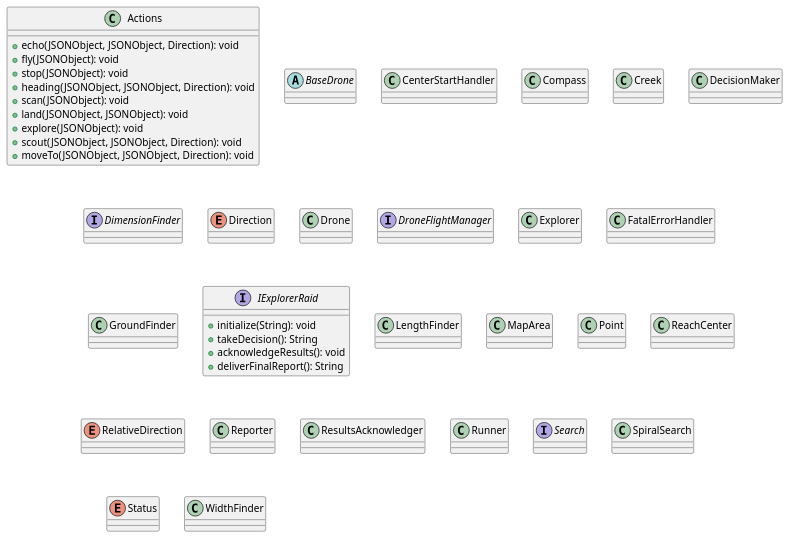
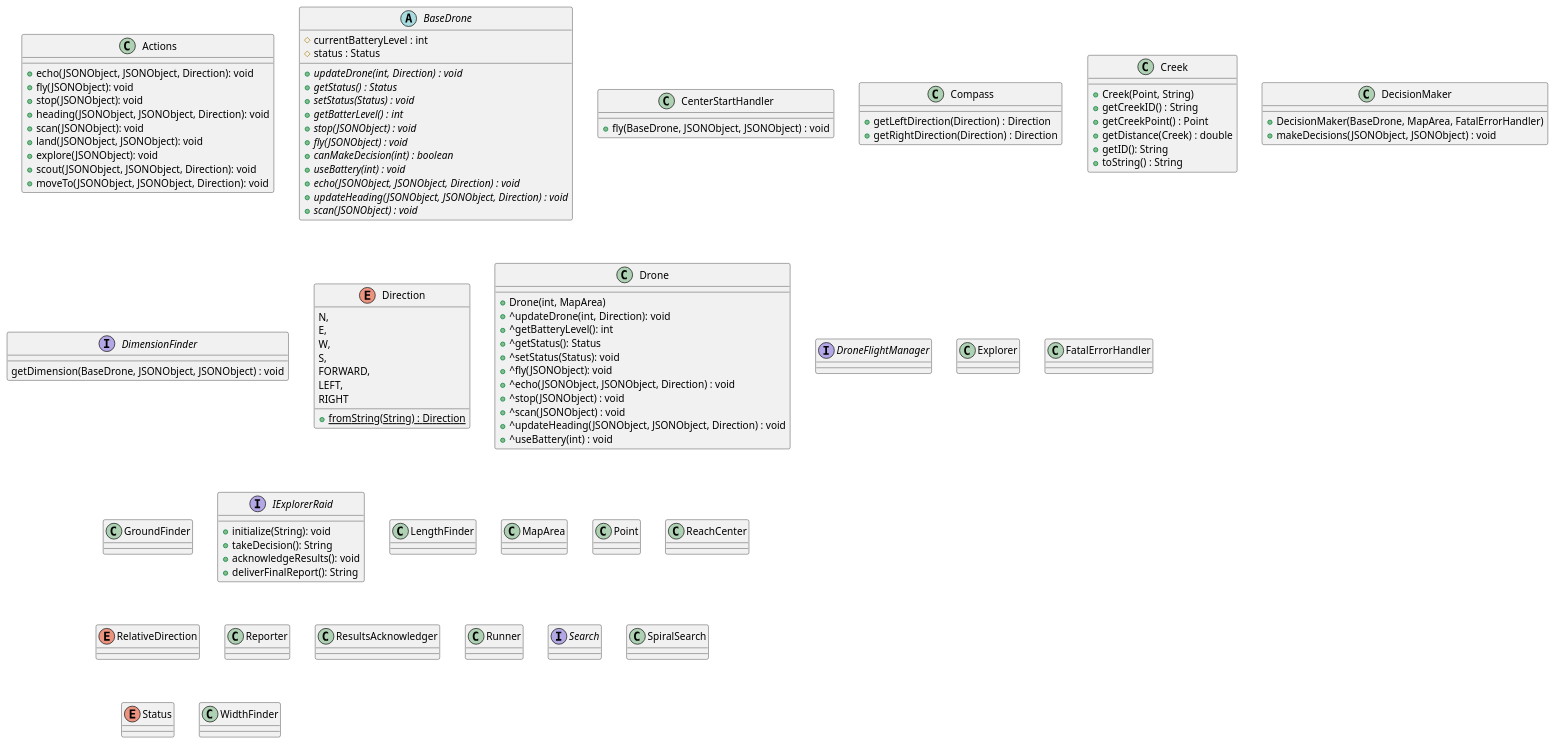
Before and after one commit to 2AA4-W24/a2-rescue-mission-team-106: the diagram in UML Diagrams/Class Diagram.puml, drawn with PlantUML.

Commit message:
Update Class Diagram

```diff
--- a/UML Diagrams/Class Diagram.puml
+++ b/UML Diagrams/Class Diagram.puml
@@ -1,45 +1,95 @@
 @startuml "Class Diagram"
 class Actions {
     + echo(JSONObject, JSONObject, Direction): void
     + fly(JSONObject): void
     + stop(JSONObject): void
     + heading(JSONObject, JSONObject, Direction): void
     + scan(JSONObject): void
     + land(JSONObject, JSONObject): void
     + explore(JSONObject): void
     + scout(JSONObject, JSONObject, Direction): void
     + moveTo(JSONObject, JSONObject, Direction): void
 }
 abstract class BaseDrone {
-    
+    # currentBatteryLevel : int
+    # status : Status
+    + {abstract} updateDrone(int, Direction) : void
+    + {abstract} getStatus() : Status
+    + {abstract} setStatus(Status) : void
+    + {abstract} getBatterLevel() : int
+    + {abstract} stop(JSONObject) : void
+    + {abstract} fly(JSONObject) : void
+    + {abstract} canMakeDecision(int) : boolean
+    + {abstract} useBattery(int) : void
+    + {abstract} echo(JSONObject, JSONObject, Direction) : void
+    + {abstract} updateHeading(JSONObject, JSONObject, Direction) : void
+    + {abstract} scan(JSONObject) : void
 }
-class CenterStartHandler
-class Compass
-class Creek
-class DecisionMaker
-interface DimensionFinder
-enum Direction
-class Drone
+class CenterStartHandler {
+    + fly(BaseDrone, JSONObject, JSONObject) : void
+}
+class Compass {
+    + getLeftDirection(Direction) : Direction
+    + getRightDirection(Direction) : Direction
+}
+class Creek {
+    + Creek(Point, String)
+    + getCreekID() : String
+    + getCreekPoint() : Point
+    + getDistance(Creek) : double
+    + getID(): String
+    + toString() : String
+}
+class DecisionMaker {
+    + DecisionMaker(BaseDrone, MapArea, FatalErrorHandler)
+    + makeDecisions(JSONObject, JSONObject) : void
+}
+interface DimensionFinder {
+    getDimension(BaseDrone, JSONObject, JSONObject) : void
+}
+enum Direction {
+    N,
+    E,
+    W,
+    S,
+    FORWARD,
+    LEFT,
+    RIGHT
+    + {static} fromString(String) : Direction
+}
+class Drone {
+    + Drone(int, MapArea)
+    + ^updateDrone(int, Direction): void
+    + ^getBatteryLevel(): int
+    + ^getStatus(): Status
+    + ^setStatus(Status): void
+    + ^fly(JSONObject): void
+    + ^echo(JSONObject, JSONObject, Direction) : void
+    + ^stop(JSONObject) : void
+    + ^scan(JSONObject) : void
+    + ^updateHeading(JSONObject, JSONObject, Direction) : void
+    + ^useBattery(int) : void
+}
 interface DroneFlightManager
 class Explorer
 class FatalErrorHandler
 class GroundFinder
 interface IExplorerRaid {
     + initialize(String): void
     + takeDecision(): String
     + acknowledgeResults(): void
     + deliverFinalReport(): String
 }
 class LengthFinder
 class MapArea
 class Point
 class ReachCenter
 enum RelativeDirection
 class Reporter
 class ResultsAcknowledger
 class Runner
 interface Search
 class SpiralSearch
 enum Status
 class WidthFinder
 @enduml
```
